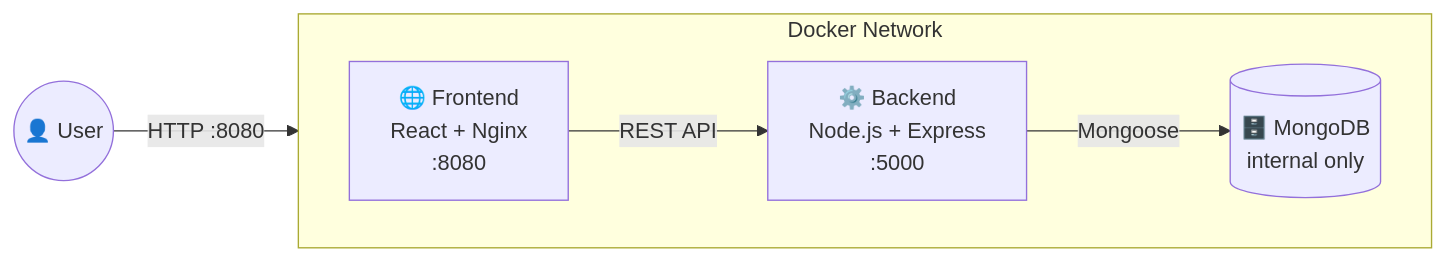
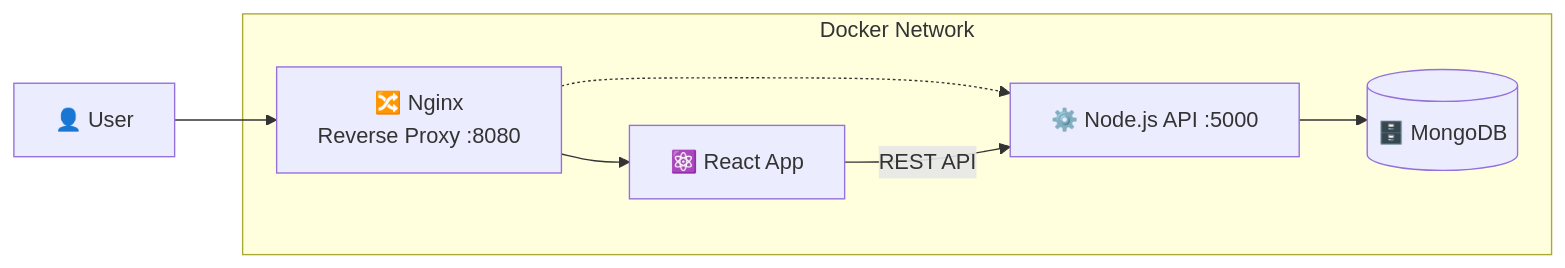
One commit to Sadiq-code-nest/devops-academy changed the diagram in README.md. Above: the diagram before and after it, drawn with Mermaid. The commit also changed other lines of this file, not shown here.

Commit message:
docs: add architecture diagram and workflow screenshots

````diff
--- a/README.md
+++ b/README.md
@@ -32,15 +25,15 @@
 ```mermaid
 flowchart LR
-    User(("👤 User"))
+    U[👤 User] --> N[🔀 Nginx<br/>Reverse Proxy :8080]
+    N --> FE[⚛️ React App]
+    N -.-> BE[⚙️ Node.js API :5000]
+    FE -->|REST API| BE
+    BE --> DB[(🗄️ MongoDB)]
 
-    subgraph Docker["Docker Network"]
-        direction LR
-        FE["🌐 Frontend\nReact + Nginx\n:8080"]
-        BE["⚙️ Backend\nNode.js + Express\n:5000"]
-        DB[("🗄️ MongoDB\ninternal only")]
-        FE -->|"REST API"| BE
-        BE -->|"Mongoose"| DB
+    subgraph Docker Network
+    N
+    FE
+    BE
+    DB
     end
-
-    User -->|"HTTP :8080"| FE
 ```
````
